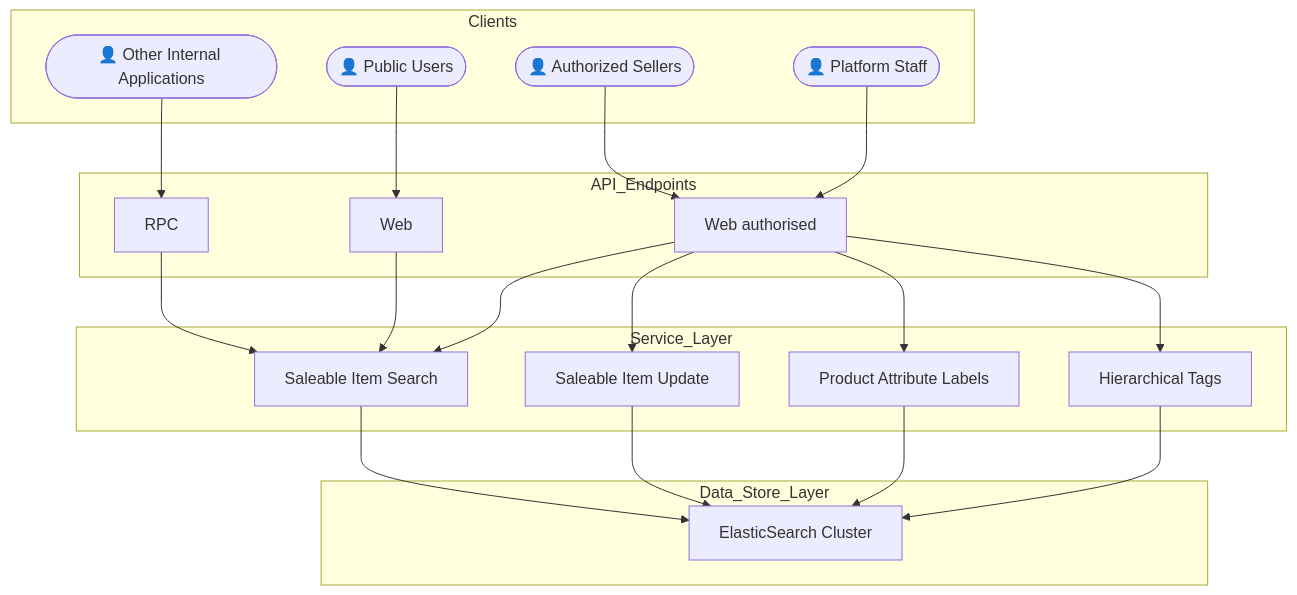
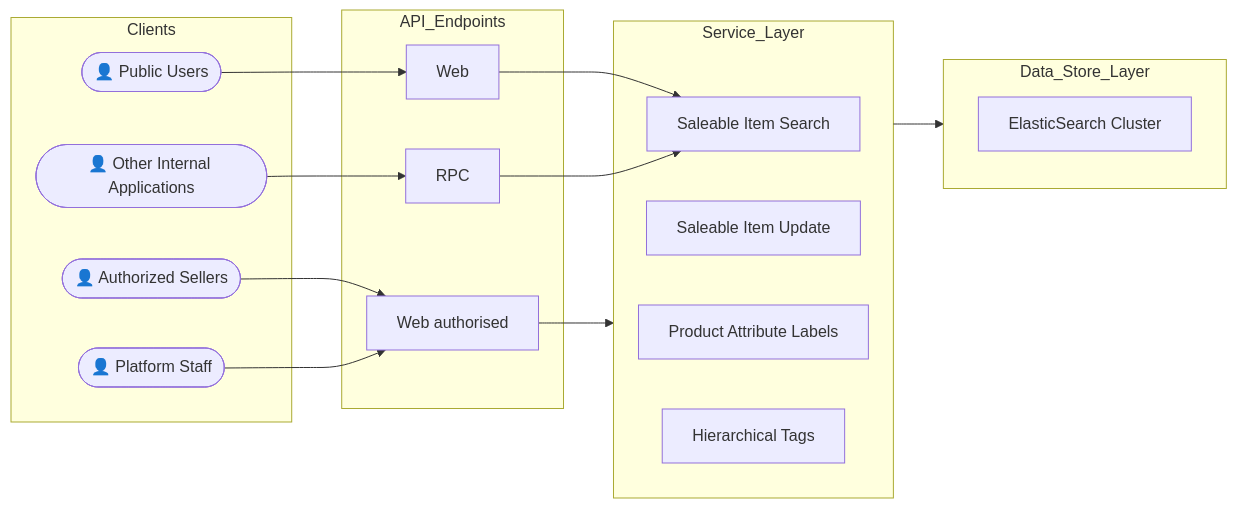
Before and after one commit to metalalive/e_commerce: the diagram in services/product/v2/README.md, drawn with Mermaid. The commit also changed 1 other file, not shown here.

Commit message:
[media][storefront] doc : update README with brief design description

````diff
--- a/services/product/v2/README.md
+++ b/services/product/v2/README.md
@@ -24,50 +24,44 @@
 ```mermaid
-flowchart TD
+flowchart LR
     %% Clients subgraph with human icons
     subgraph Clients
       OIA(["👤 Other Internal Applications"])
       PU(["👤 Public Users"])
       AS(["👤 Authorized Sellers"])
       PS(["👤 Platform Staff"])
     end
 
     %% API Endpoints subgraph with only two nodes: Web and RPC
     subgraph API_Endpoints
       RPC[RPC]
+      WEBAUTH[Web authorised]
       WEB[Web]
-      WEBAUTH[Web authorised]
     end
 
     %% Service Layer subgraph with separated Saleable Item services
     subgraph Service_Layer
       SIS[Saleable Item Search]
       SIU[Saleable Item Update]
       PAL[Product Attribute Labels]
       HT[Hierarchical Tags]
     end
 
     %% Data Store Layer subgraph
     subgraph Data_Store_Layer
       ES[ElasticSearch Cluster]
     end
 
     %% Connections from Clients to API Endpoints
     PU --> WEB
     AS --> WEBAUTH
     PS --> WEBAUTH
     OIA --> RPC
 
     %% Connections from API Endpoints to Service Layer
     WEB --> SIS
-    WEBAUTH --> SIS
-    WEBAUTH --> SIU
-    WEBAUTH --> PAL
-    WEBAUTH --> HT
     RPC --> SIS
+    WEBAUTH --> Service_Layer
 
     %% Connections from Service Layer to Data Store Layer
-    SIU --> ES
-    SIS --> ES
-    PAL --> ES
-    HT --> ES
+    Service_Layer --> Data_Store_Layer
 ```
````
